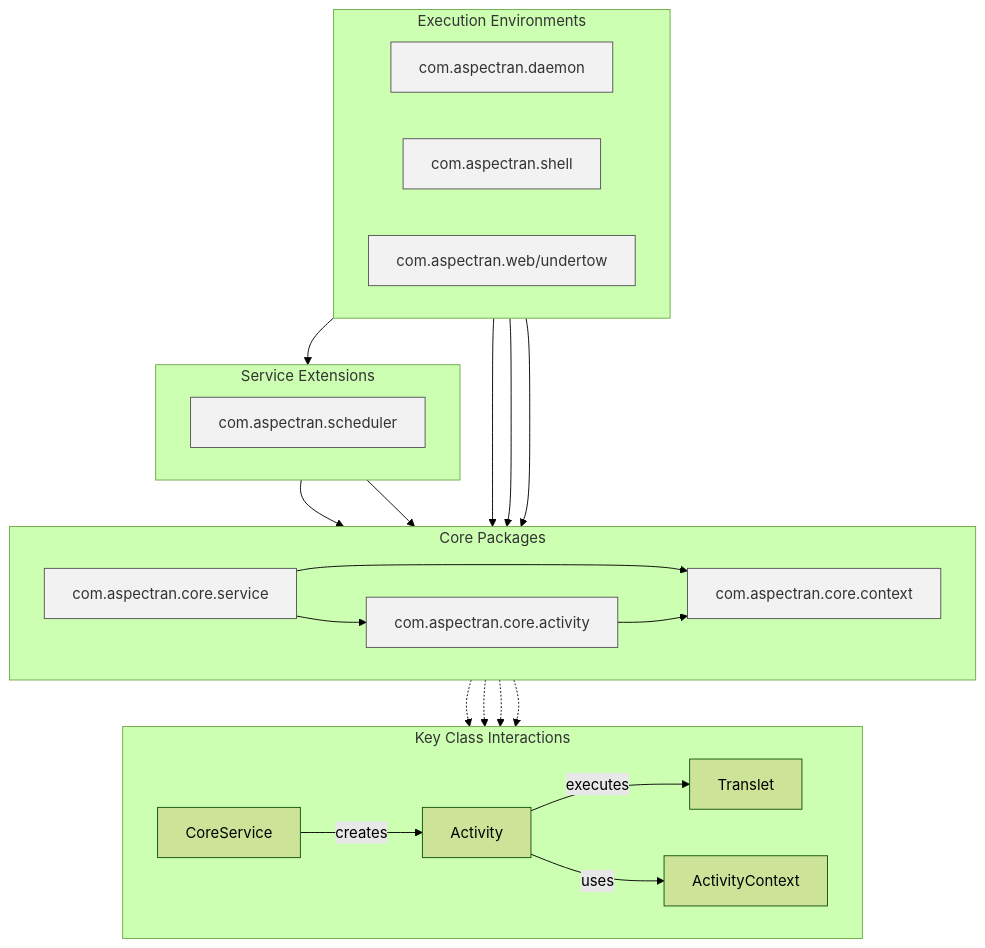
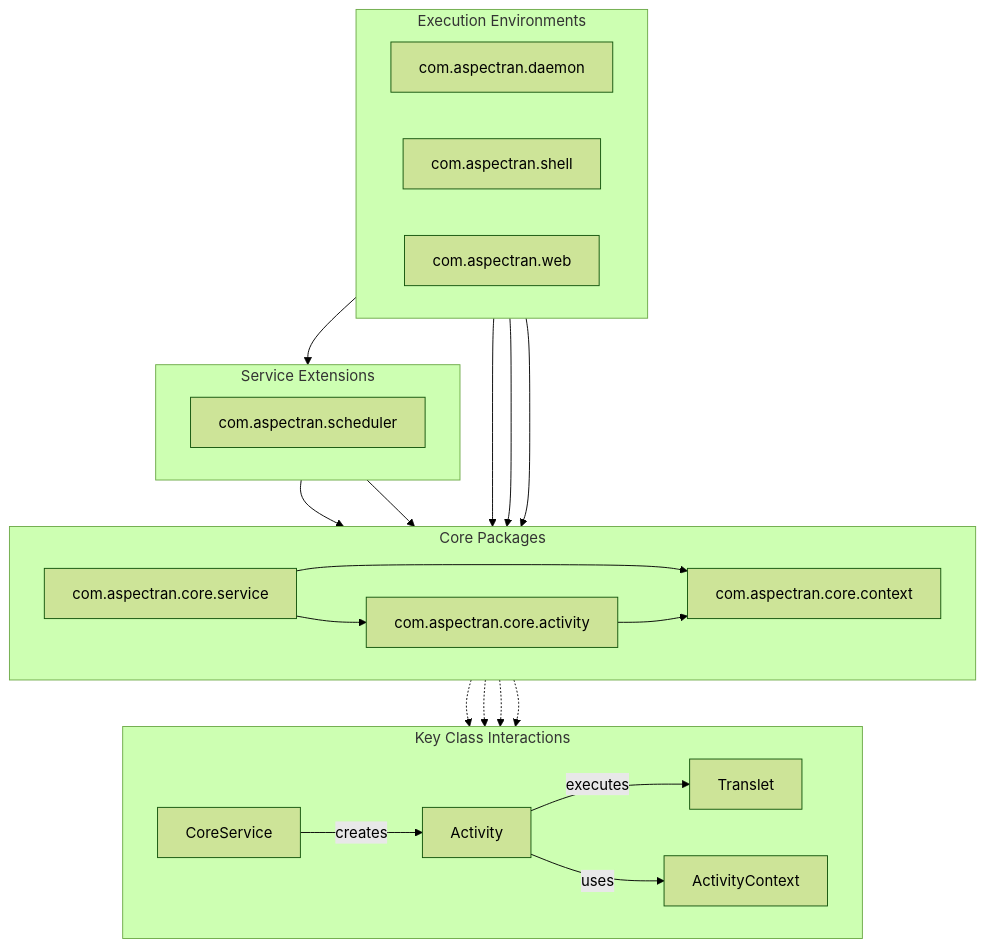
One commit to aspectran/aspectran.github.io changed the sixth of 9 diagrams in _pages/ko/docs/guides/aspectran-architecture-diagrams.md. Above: the diagram before and after it, drawn with Mermaid (forest theme). The commit also changed other lines of this file and 1 other file, not shown here.

````diff
--- a/_pages/ko/docs/guides/aspectran-architecture-diagrams.md
+++ b/_pages/ko/docs/guides/aspectran-architecture-diagrams.md
@@ -381,50 +394,49 @@
 ```mermaid
 graph TD
   subgraph ExecEnv [Execution Environments]
     direction LR
     DAEMON[com.aspectran.daemon]
     SHELL[com.aspectran.shell]
-    WEB[com.aspectran.web/undertow]
+    WEB[com.aspectran.web]
   end
 
   subgraph SvcExt [Service Extensions]
     direction LR
     SCHED[com.aspectran.scheduler]
   end
 
   subgraph CorePkgs [Core Packages]
     direction LR
     CORE_SVC[com.aspectran.core.service]
     CORE_ACT[com.aspectran.core.activity]
     CORE_CTX[com.aspectran.core.context]
   end
 
   ExecEnv --> SvcExt
   SvcExt --> CorePkgs
 
   DAEMON & SHELL & WEB --> CORE_SVC
   SCHED --> CORE_SVC
 
   CORE_SVC --> CORE_ACT
   CORE_SVC --> CORE_CTX
   CORE_ACT --> CORE_CTX
 
   subgraph KeyClasses [Key Class Interactions]
     direction LR
     cs[CoreService]
     act[Activity]
     tr[Translet]
     ac[ActivityContext]
 
     cs -- creates --> act
     act -- executes --> tr
     act -- uses --> ac
   end
 
   CORE_SVC -.-> cs
   CORE_ACT -.-> act & tr
   CORE_CTX -.-> ac
 
-  classDef pkg fill:#f2f2f2,stroke:#555,stroke-width:1px,color:#333
   class DAEMON,SHELL,WEB,SCHED,CORE_SVC,CORE_ACT,CORE_CTX pkg
 ```
````
